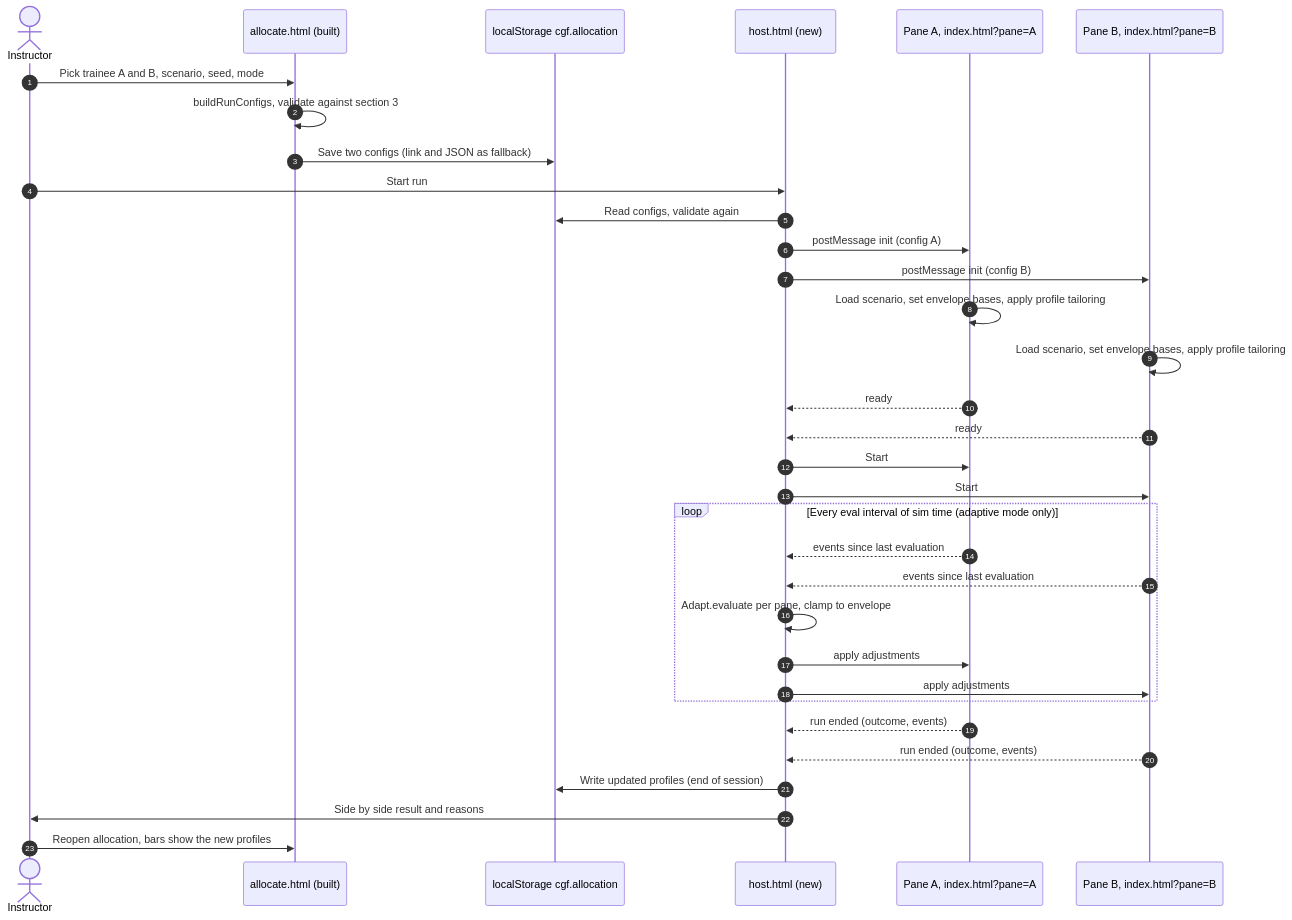
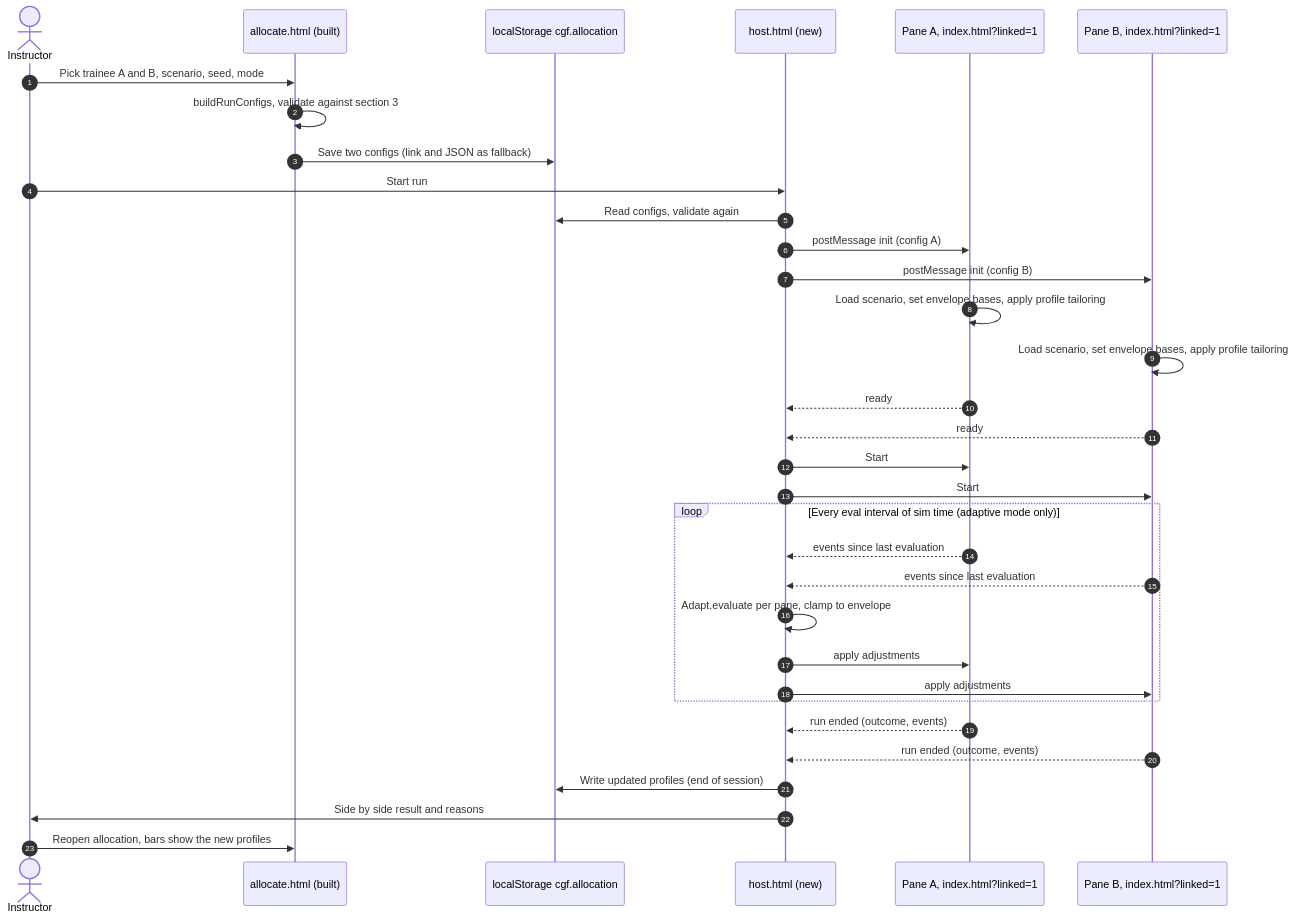
One commit to buttception/T-S_Hackathon26 changed the first of 2 diagrams in cgf-demo/docs/project/allocation-run-link.md. Above: the diagram before and after it, drawn with Mermaid. The commit also changed other lines of this file and 1 other file, not shown here.

Commit message:
Docs: historical notes use the neutral ?linked=1 marker

````diff
--- a/cgf-demo/docs/project/allocation-run-link.md
+++ b/cgf-demo/docs/project/allocation-run-link.md
@@ -37,36 +37,36 @@
 ```mermaid
 sequenceDiagram
     autonumber
     actor I as Instructor
     participant AL as allocate.html (built)
     participant ST as localStorage cgf.allocation
     participant H as host.html (new)
-    participant PA as Pane A, index.html?pane=A
-    participant PB as Pane B, index.html?pane=B
+    participant PA as Pane A, index.html?linked=1
+    participant PB as Pane B, index.html?linked=1
 
     I->>AL: Pick trainee A and B, scenario, seed, mode
     AL->>AL: buildRunConfigs, validate against section 3
     AL->>ST: Save two configs (link and JSON as fallback)
     I->>H: Start run
     H->>ST: Read configs, validate again
     H->>PA: postMessage init (config A)
     H->>PB: postMessage init (config B)
     PA->>PA: Load scenario, set envelope bases, apply profile tailoring
     PB->>PB: Load scenario, set envelope bases, apply profile tailoring
     PA-->>H: ready
     PB-->>H: ready
     H->>PA: Start
     H->>PB: Start
     loop Every eval interval of sim time (adaptive mode only)
         PA-->>H: events since last evaluation
         PB-->>H: events since last evaluation
         H->>H: Adapt.evaluate per pane, clamp to envelope
         H->>PA: apply adjustments
         H->>PB: apply adjustments
     end
     PA-->>H: run ended (outcome, events)
     PB-->>H: run ended (outcome, events)
     H->>ST: Write updated profiles (end of session)
     H->>I: Side by side result and reasons
     I->>AL: Reopen allocation, bars show the new profiles
 ```
````
